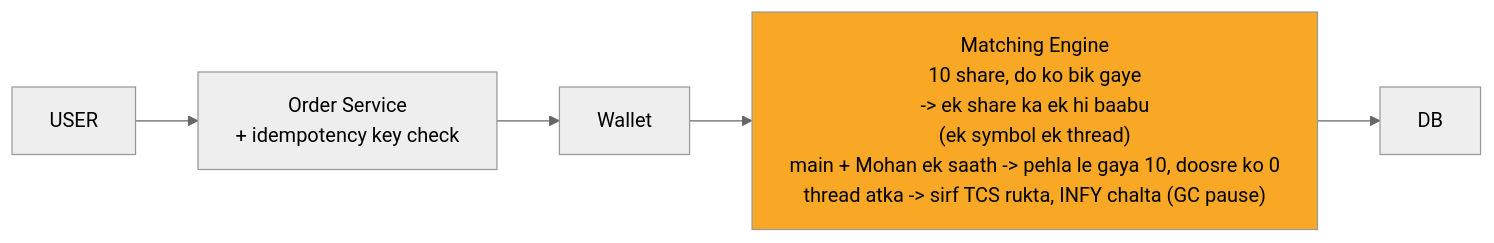
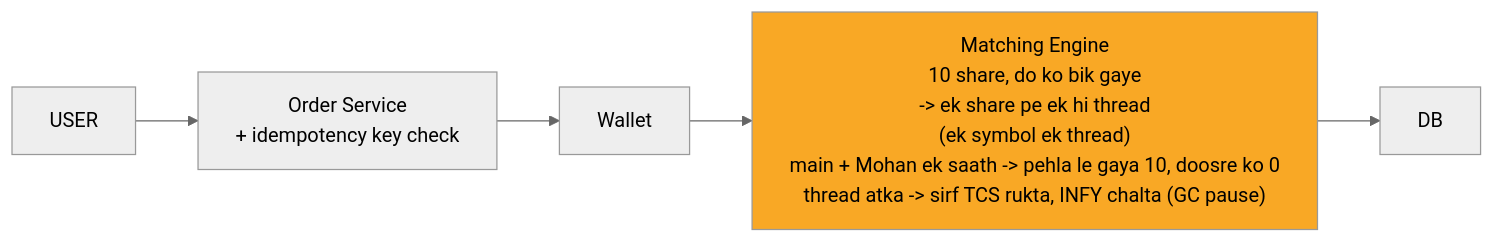
The fourth of 10 diagrams in 04_HLD/SYSTEM_DESIGNS/05_stock_broker_trading/05_stock_broker_trading.md (ArpanMaheshwari144/Prep), drawn with Mermaid (neutral theme) before and after one commit. The commit also changed other lines of this file and 12 other files, not shown here.

````diff
--- a/04_HLD/SYSTEM_DESIGNS/05_stock_broker_trading/05_stock_broker_trading.md
+++ b/04_HLD/SYSTEM_DESIGNS/05_stock_broker_trading/05_stock_broker_trading.md
@@ -164,14 +164,14 @@
 ```mermaid
 %%{init: {"flowchart": {"wrappingWidth": 450}}}%%
 flowchart LR
     n_USER["USER"]
     n_Order_Service["Order Service<br/>+ idempotency key check"]
     n_Wallet["Wallet"]
-    n_Matching_Engine["Matching Engine<br/>10 share, do ko bik gaye<br/>-> ek share ka ek hi baabu<br/>(ek symbol ek thread)<br/>main + Mohan ek saath -> pehla le gaya 10, doosre ko 0<br/>thread atka -> sirf TCS rukta, INFY chalta (GC pause)"]
+    n_Matching_Engine["Matching Engine<br/>10 share, do ko bik gaye<br/>-> ek share pe ek hi thread<br/>(ek symbol ek thread)<br/>main + Mohan ek saath -> pehla le gaya 10, doosre ko 0<br/>thread atka -> sirf TCS rukta, INFY chalta (GC pause)"]
     n_DB["DB"]
     n_USER --> n_Order_Service
     n_Order_Service --> n_Wallet
     n_Wallet --> n_Matching_Engine
     n_Matching_Engine --> n_DB
     style n_Matching_Engine fill:#f9a825,color:#000
 ```
````
